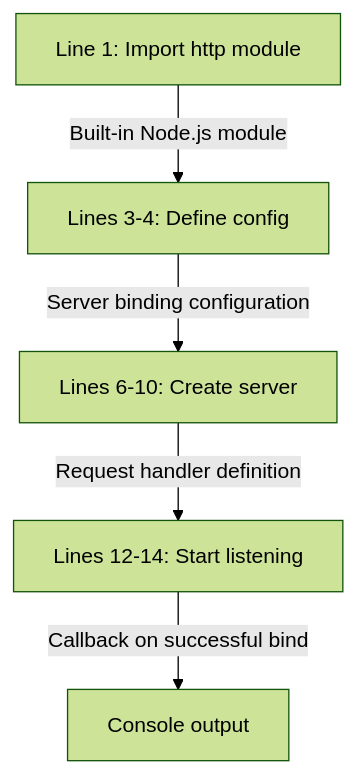
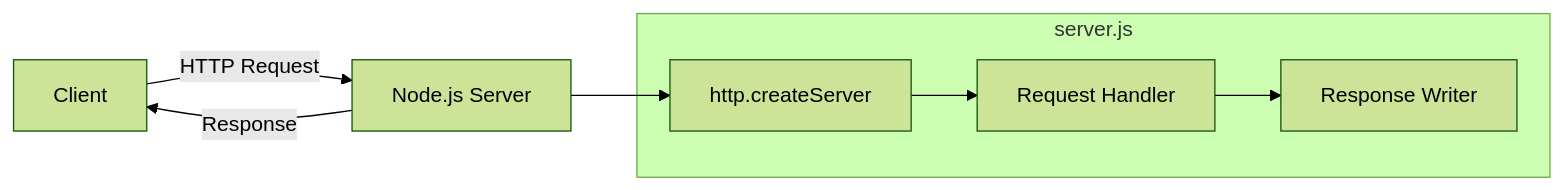
One commit to Sandeep01Kumar/29-dec-existing-projects-qa-test-3 changed the second of 7 diagrams in blitzy/documentation/Technical Specifications.md. Above: the diagram before and after it, drawn with Mermaid (forest theme). The commit also changed other lines of this file, not shown here.

````diff
--- a/blitzy/documentation/Technical Specifications.md
+++ b/blitzy/documentation/Technical Specifications.md
@@ -368,7 +520,15 @@
 ```mermaid
-flowchart TD
-    A[Line 1: Import http module] -->|Built-in Node.js module| B[Lines 3-4: Define config]
-    B -->|Server binding configuration| C[Lines 6-10: Create server]
-    C -->|Request handler definition| D[Lines 12-14: Start listening]
-    D -->|Callback on successful bind| E[Console output]
+graph LR
+    A[Client] --> |HTTP Request| B[Node.js Server]
+    B --> |Response| A
+    
+    subgraph Server ["server.js"]
+        C[http.createServer]
+        D[Request Handler]
+        E[Response Writer]
+    end
+    
+    B --> C
+    C --> D
+    D --> E
 ```
````
